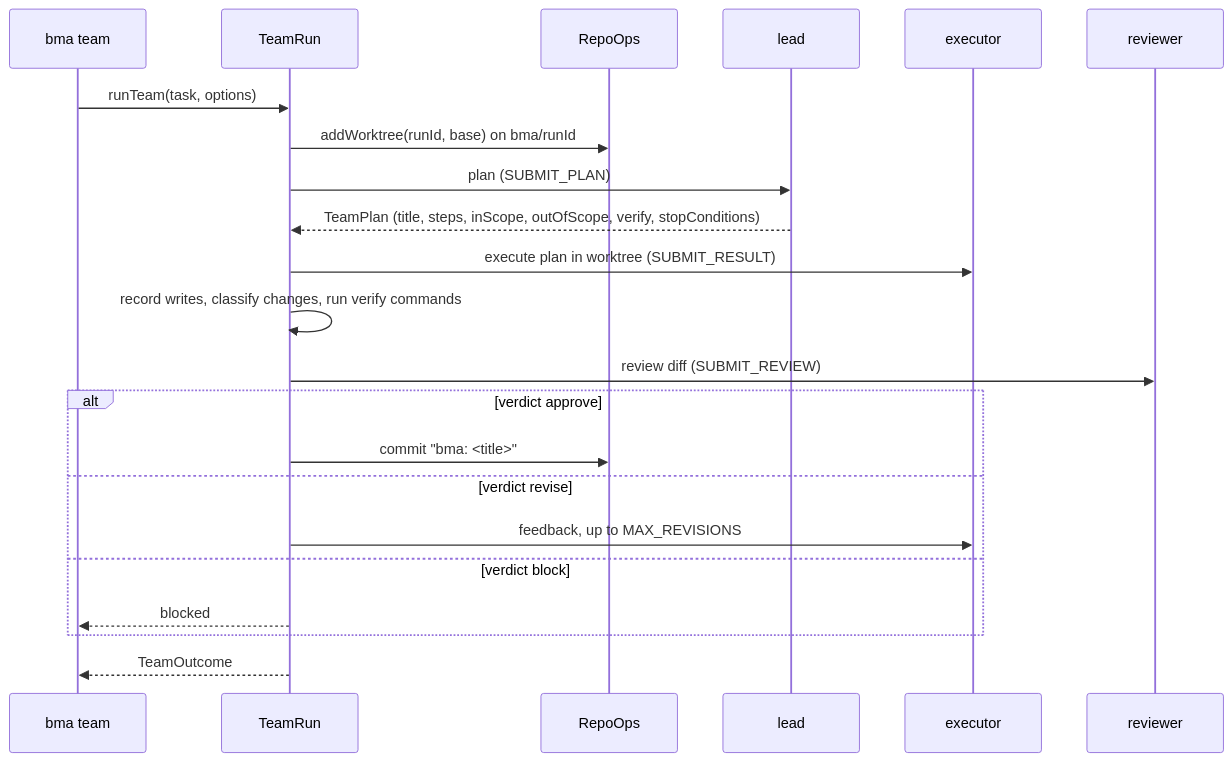
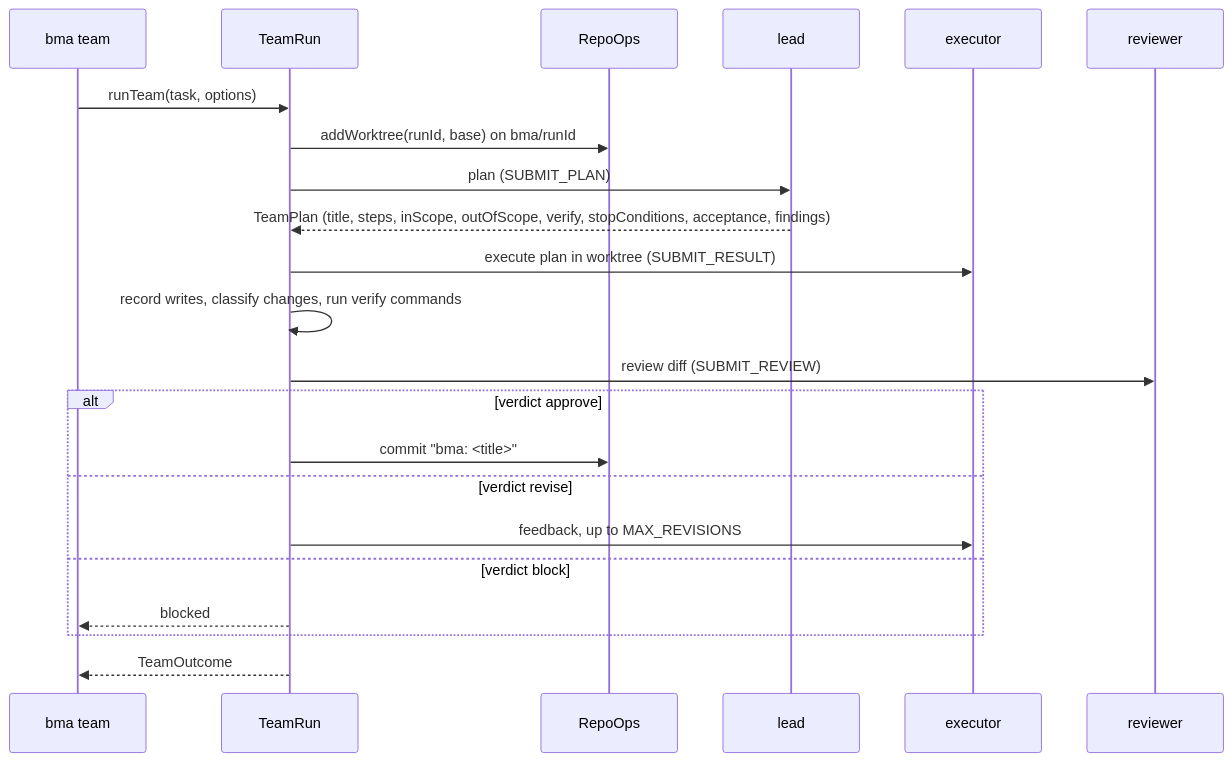
Before and after one commit to nottramdw/betaMultiAgent: the second of 3 diagrams in docs/architecture.md, drawn with Mermaid. The commit also changed other lines of this file and 14 other files, not shown here.

First line of the commit message:
feat(team): add acceptance criteria, per-criterion review and stop reporting

````diff
--- a/docs/architecture.md
+++ b/docs/architecture.md
@@ -159,24 +159,24 @@
 ```mermaid
 sequenceDiagram
   participant CLI as bma team
   participant Run as TeamRun
   participant Repo as RepoOps
   participant Lead as lead
   participant Exec as executor
   participant Rev as reviewer
   CLI->>Run: runTeam(task, options)
   Run->>Repo: addWorktree(runId, base) on bma/runId
   Run->>Lead: plan (SUBMIT_PLAN)
-  Lead-->>Run: TeamPlan (title, steps, inScope, outOfScope, verify, stopConditions)
+  Lead-->>Run: TeamPlan (title, steps, inScope, outOfScope, verify, stopConditions, acceptance, findings)
   Run->>Exec: execute plan in worktree (SUBMIT_RESULT)
   Run->>Run: record writes, classify changes, run verify commands
   Run->>Rev: review diff (SUBMIT_REVIEW)
   alt verdict approve
     Run->>Repo: commit "bma: <title>"
   else verdict revise
     Run->>Exec: feedback, up to MAX_REVISIONS
   else verdict block
     Run-->>CLI: blocked
   end
   Run-->>CLI: TeamOutcome
 ```
````
